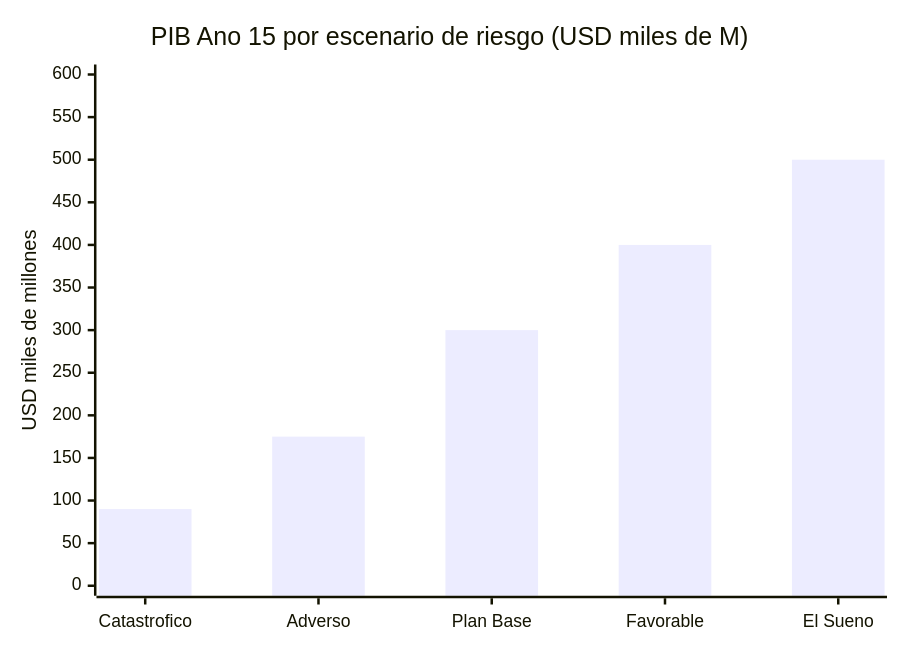
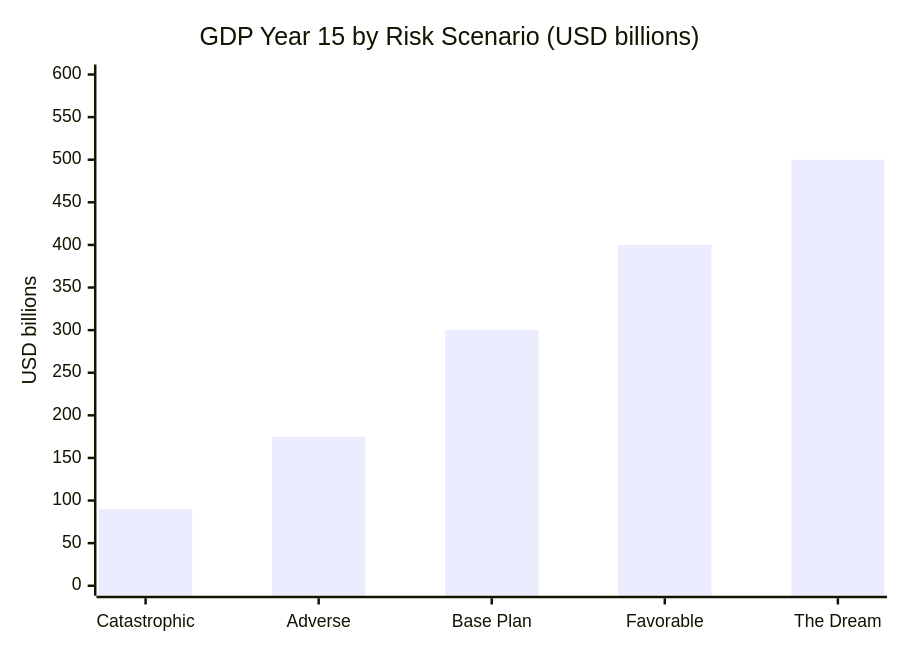
The first of 5 diagrams in i18n/en/docusaurus-plugin-content-docs/current/07-ejecucion/riesgos.md (Venezuela-S-A/venezuela-sa), drawn with Mermaid before and after one commit. The commit also changed other lines of this file and 127 other files, not shown here.

````diff
--- a/i18n/en/docusaurus-plugin-content-docs/current/07-ejecucion/riesgos.md
+++ b/i18n/en/docusaurus-plugin-content-docs/current/07-ejecucion/riesgos.md
@@ -119,7 +119,7 @@
 ```mermaid
 xychart-beta
-    title "PIB Ano 15 por escenario de riesgo (USD miles de M)"
-    x-axis ["Catastrofico", "Adverso", "Plan Base", "Favorable", "El Sueno"]
-    y-axis "USD miles de millones" 0 --> 600
+    title "GDP Year 15 by Risk Scenario (USD billions)"
+    x-axis ["Catastrophic", "Adverse", "Base Plan", "Favorable", "The Dream"]
+    y-axis "USD billions" 0 --> 600
     bar [90, 175, 300, 400, 500]
 ```
````
